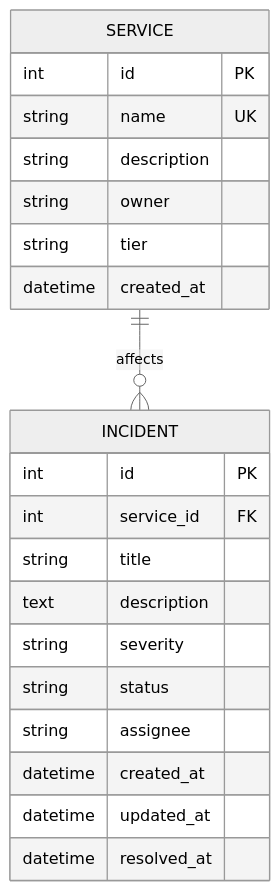
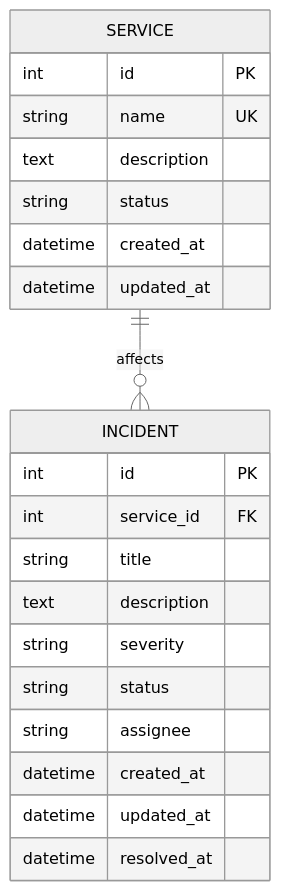
The second of 3 diagrams in ARCHITECTURE.md (Aana-1025/incidentops-devops-capstone), drawn with Mermaid (neutral theme) before and after one commit. The commit also changed other lines of this file and 49 other files, not shown here.

````diff
--- a/ARCHITECTURE.md
+++ b/ARCHITECTURE.md
@@ -86,24 +65,24 @@
 ```mermaid
 erDiagram
     SERVICE ||--o{ INCIDENT : affects
     SERVICE {
         int id PK
         string name UK
-        string description
-        string owner
-        string tier
+        text description
+        string status
         datetime created_at
+        datetime updated_at
     }
     INCIDENT {
         int id PK
         int service_id FK
         string title
         text description
         string severity
         string status
         string assignee
         datetime created_at
         datetime updated_at
         datetime resolved_at
     }
 ```
````
